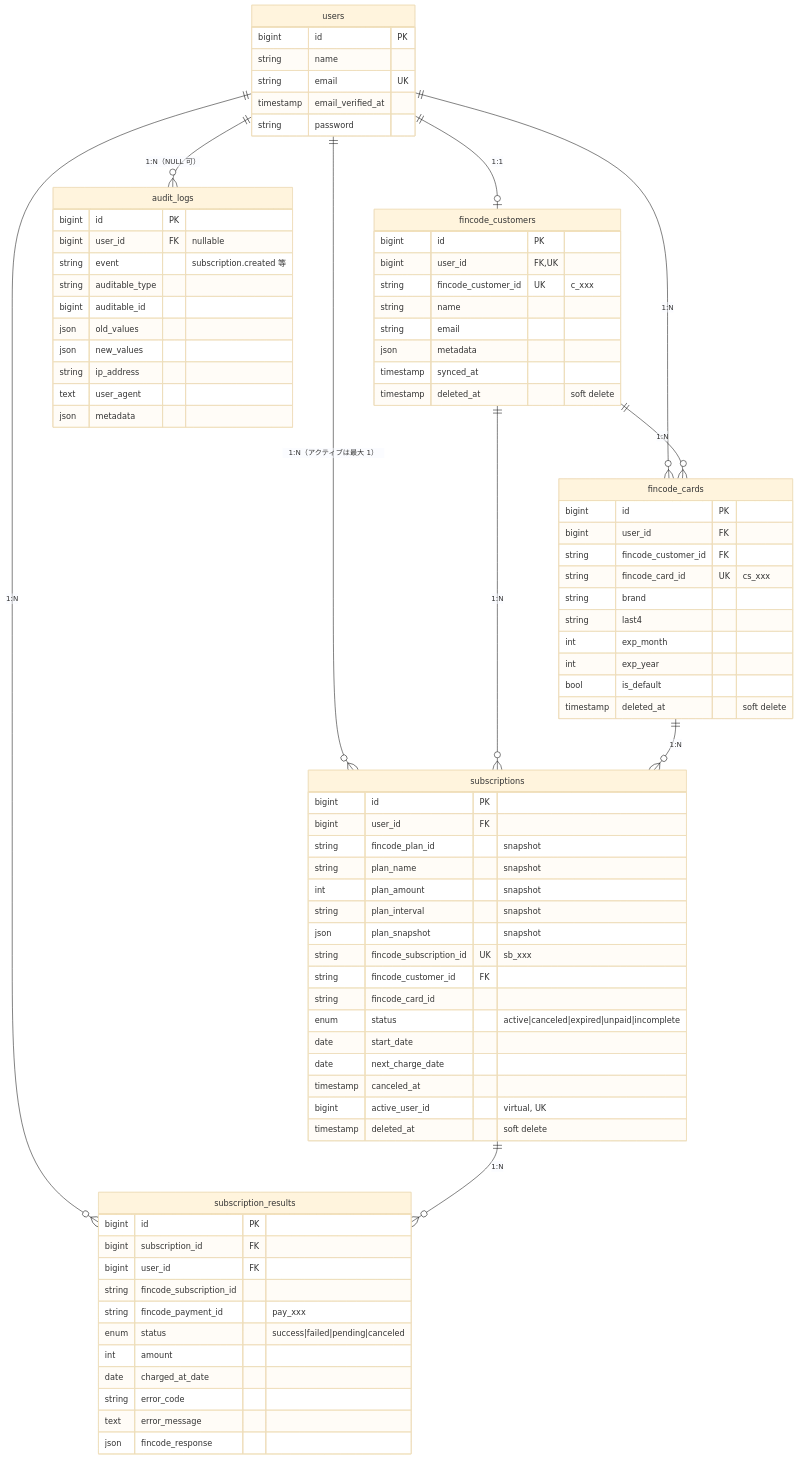
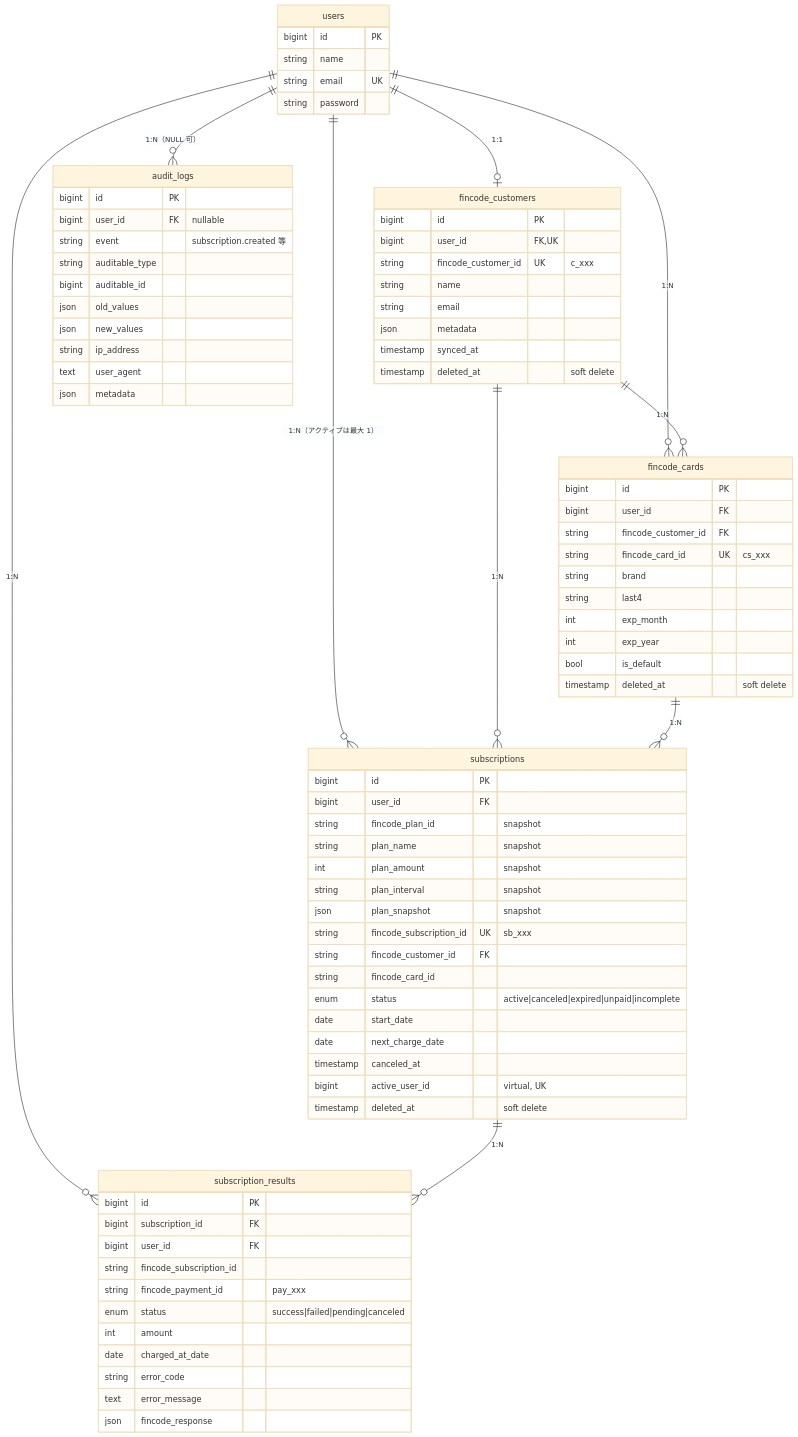
The diagram in docs/architecture/data-model.ja.md (ltac0203-pixel/hatanaka), drawn with Mermaid (base theme) before and after one commit. The commit also changed 25 other files, not shown here.

```diff
--- a/docs/architecture/data-model.ja.md
+++ b/docs/architecture/data-model.ja.md
@@ -22,7 +22,6 @@
         bigint id PK
         string name
         string email UK
-        timestamp email_verified_at
         string password
     }
 
```
